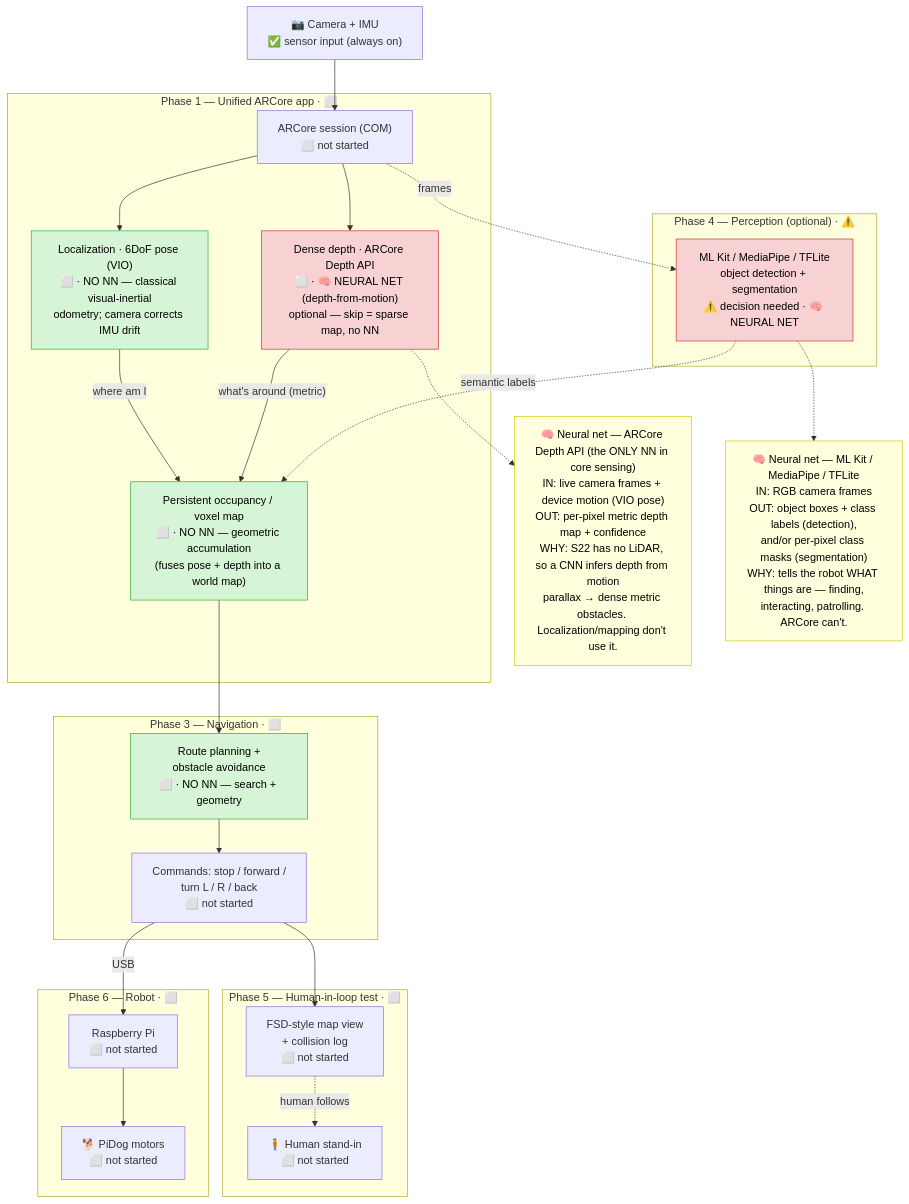
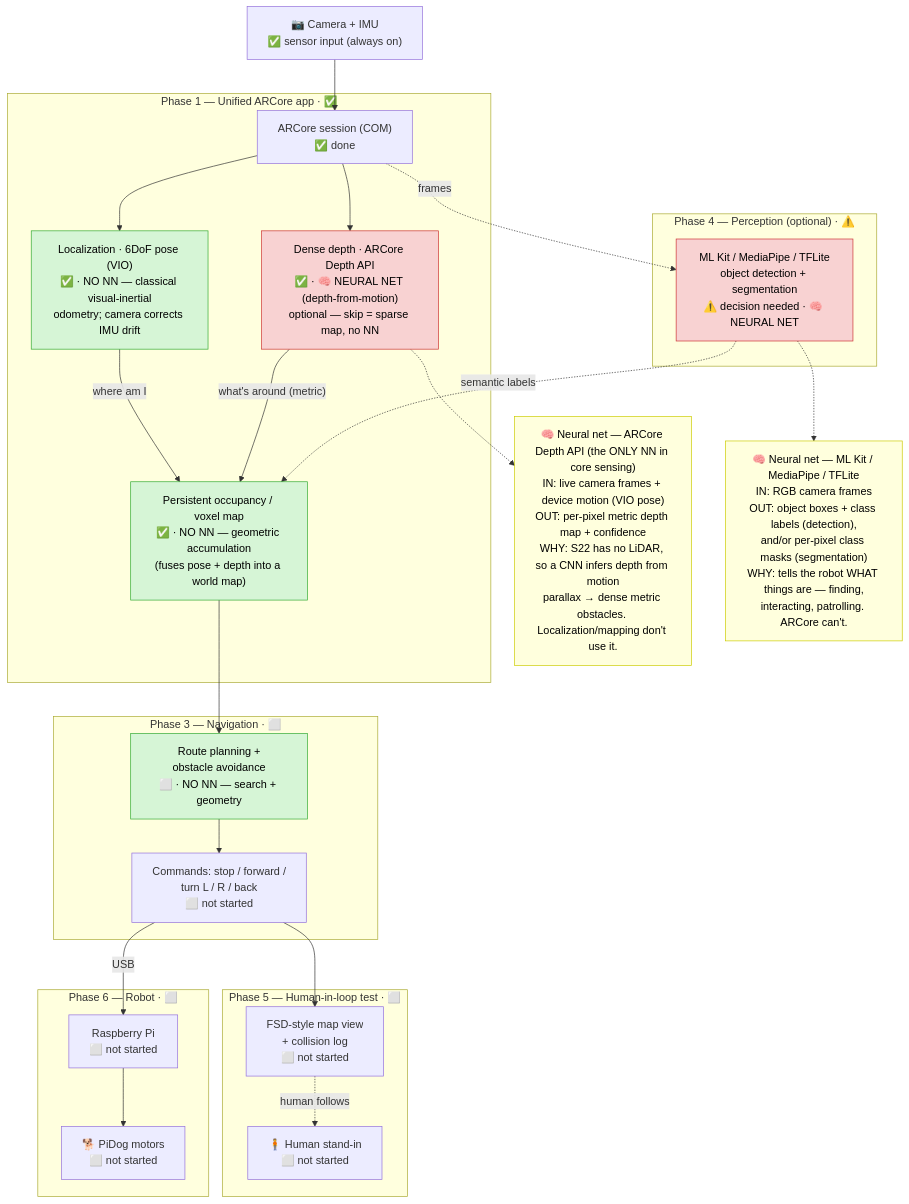
The first of 2 diagrams in PROJECT_PLAN.md (alexbhandari/pidog-public), drawn with Mermaid before and after one commit. The commit also changed other lines of this file, not shown here.

Commit message:
sync plan + phase docs (2026-06-20)

````diff
--- a/PROJECT_PLAN.md
+++ b/PROJECT_PLAN.md
@@ -17,56 +17,56 @@
 ```mermaid
 flowchart TD
     CAM["📷 Camera + IMU<br/>✅ sensor input (always on)"]
 
-    subgraph P1["Phase 1 — Unified ARCore app · ⬜"]
-        ARCORE["ARCore session (COM)<br/>⬜ not started"]
-        POSE["Localization · 6DoF pose (VIO)<br/>⬜ · NO NN — classical visual-inertial<br/>odometry; camera corrects IMU drift"]
-        DEPTH["Dense depth · ARCore Depth API<br/>⬜ · 🧠 NEURAL NET (depth-from-motion)<br/>optional — skip = sparse map, no NN"]
-        MAP["Persistent occupancy / voxel map<br/>⬜ · NO NN — geometric accumulation<br/>(fuses pose + depth into a world map)"]
+    subgraph P1["Phase 1 — Unified ARCore app · ✅"]
+        ARCORE["ARCore session (COM)<br/>✅ done"]
+        POSE["Localization · 6DoF pose (VIO)<br/>✅ · NO NN — classical visual-inertial<br/>odometry; camera corrects IMU drift"]
+        DEPTH["Dense depth · ARCore Depth API<br/>✅ · 🧠 NEURAL NET (depth-from-motion)<br/>optional — skip = sparse map, no NN"]
+        MAP["Persistent occupancy / voxel map<br/>✅ · NO NN — geometric accumulation<br/>(fuses pose + depth into a world map)"]
     end
 
     subgraph P4["Phase 4 — Perception (optional) · ⚠️"]
         ML["ML Kit / MediaPipe / TFLite<br/>object detection + segmentation<br/>⚠️ decision needed · 🧠 NEURAL NET"]
     end
 
     subgraph P3["Phase 3 — Navigation · ⬜"]
         PLAN["Route planning +<br/>obstacle avoidance<br/>⬜ · NO NN — search + geometry"]
         CMD["Commands: stop / forward /<br/>turn L / R / back<br/>⬜ not started"]
     end
 
     subgraph P5["Phase 5 — Human-in-loop test · ⬜"]
         VIEW["FSD-style map view<br/>+ collision log<br/>⬜ not started"]
         HUMAN["🧍 Human stand-in<br/>⬜ not started"]
     end
 
     subgraph P6["Phase 6 — Robot · ⬜"]
         PI["Raspberry Pi<br/>⬜ not started"]
         DOG["🐕 PiDog motors<br/>⬜ not started"]
     end
 
     CAM --> ARCORE
     ARCORE --> POSE
     ARCORE --> DEPTH
     POSE -->|"where am I"| MAP
     DEPTH -->|"what's around (metric)"| MAP
     ARCORE -.->|"frames"| ML
     ML -.->|"semantic labels"| MAP
     MAP --> PLAN
     PLAN --> CMD
     CMD --> VIEW
     VIEW -.->|"human follows"| HUMAN
     CMD -->|"USB"| PI
     PI --> DOG
 
     NN1["🧠 Neural net — ARCore Depth API (the ONLY NN in core sensing)<br/>IN: live camera frames + device motion (VIO pose)<br/>OUT: per-pixel metric depth map + confidence<br/>WHY: S22 has no LiDAR, so a CNN infers depth from motion<br/>parallax → dense metric obstacles. Localization/mapping don't use it."]
     NN2["🧠 Neural net — ML Kit / MediaPipe / TFLite<br/>IN: RGB camera frames<br/>OUT: object boxes + class labels (detection),<br/>and/or per-pixel class masks (segmentation)<br/>WHY: tells the robot WHAT things are — finding,<br/>interacting, patrolling. ARCore can't."]
     DEPTH -.-> NN1
     ML -.-> NN2
 
     classDef note fill:#ffd,stroke:#cc0,color:#000;
     classDef nonn fill:#d6f5d6,stroke:#3a3,color:#000;
     classDef nn fill:#f8d2d2,stroke:#c33,color:#000;
     class NN1,NN2 note;
     class POSE,MAP,PLAN nonn;
     class DEPTH,ML nn;
 ```
````
